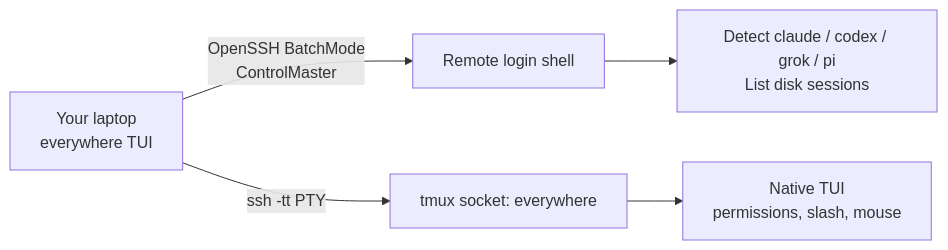
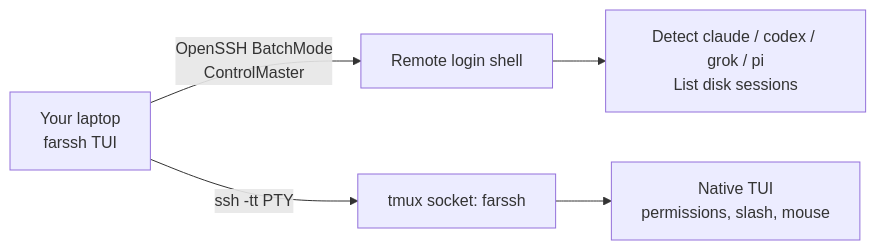
The diagram in README.md (mahingbun-dev/FarAgent), drawn with Mermaid before and after one commit. The commit also changed other lines of this file and 24 other files, not shown here.

First line of the commit message:
Rename the product to FarSSH (CLI farssh).

````diff
--- a/README.md
+++ b/README.md
@@ -45,7 +46,7 @@
 ```mermaid
 flowchart LR
-  You[Your laptop<br/>everywhere TUI] -->|OpenSSH BatchMode<br/>ControlMaster| Probe[Remote login shell]
+  You[Your laptop<br/>farssh TUI] -->|OpenSSH BatchMode<br/>ControlMaster| Probe[Remote login shell]
   Probe --> List[Detect claude / codex / grok / pi<br/>List disk sessions]
-  You -->|ssh -tt PTY| Tmux[tmux socket: everywhere]
+  You -->|ssh -tt PTY| Tmux[tmux socket: farssh]
   Tmux --> Agent[Native TUI<br/>permissions, slash, mouse]
 ```
````
